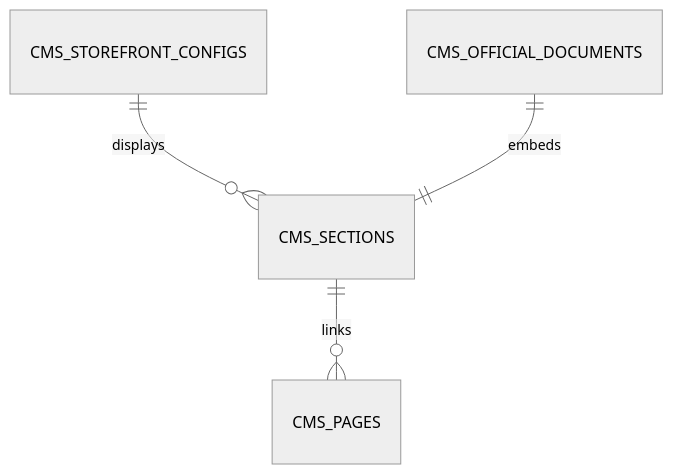
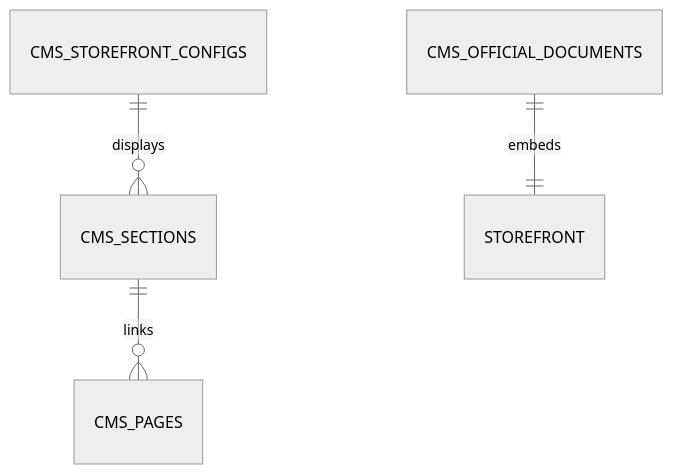
One commit to arteagaescorza-dev/mi-tienda-online changed the diagram in docs/modules/hub-2-cms-storefront.md. Above: the diagram before and after it, drawn with Mermaid (neutral theme). The commit also changed other lines of this file and 49 other files, not shown here.

````diff
--- a/docs/modules/hub-2-cms-storefront.md
+++ b/docs/modules/hub-2-cms-storefront.md
@@ -27,6 +21,6 @@
 ```mermaid
 erDiagram
     CMS_STOREFRONT_CONFIGS ||--o{ CMS_SECTIONS : displays
     CMS_SECTIONS ||--o{ CMS_PAGES : links
-    CMS_OFFICIAL_DOCUMENTS ||--|| CMS_SECTIONS : embeds
+    CMS_OFFICIAL_DOCUMENTS ||--|| STOREFRONT : embeds
 ```
````
